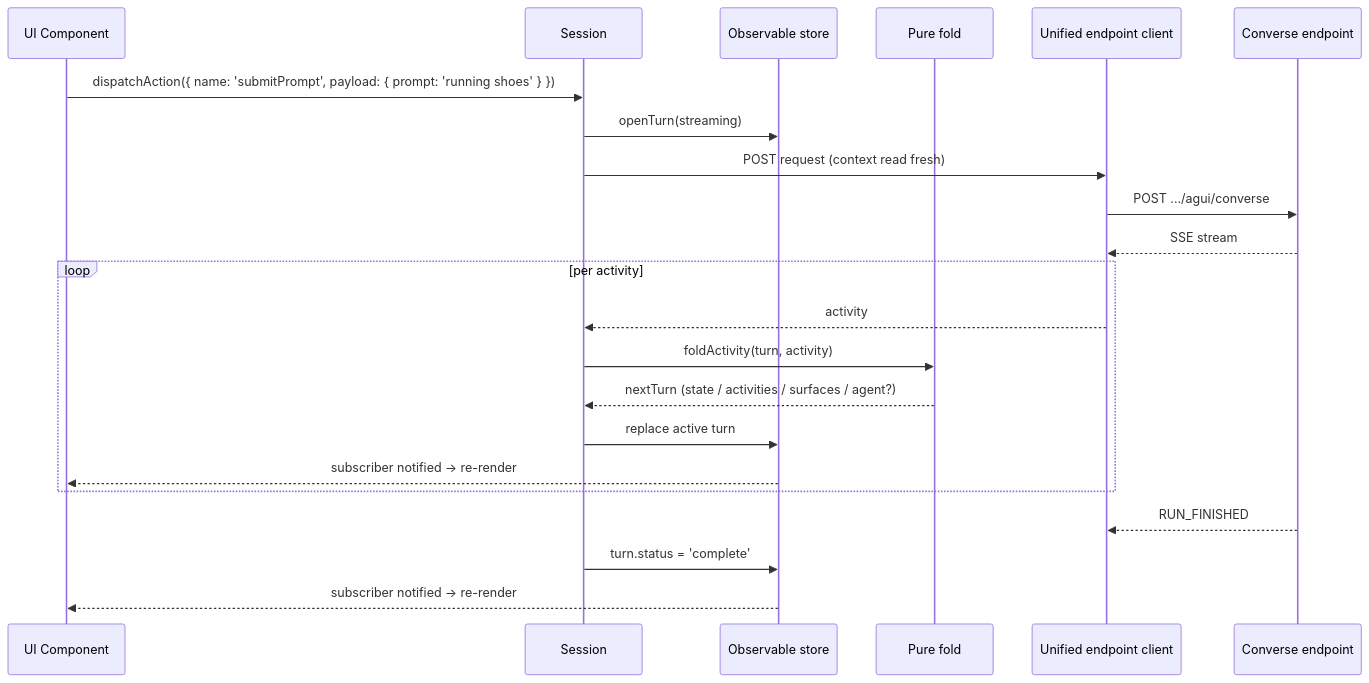
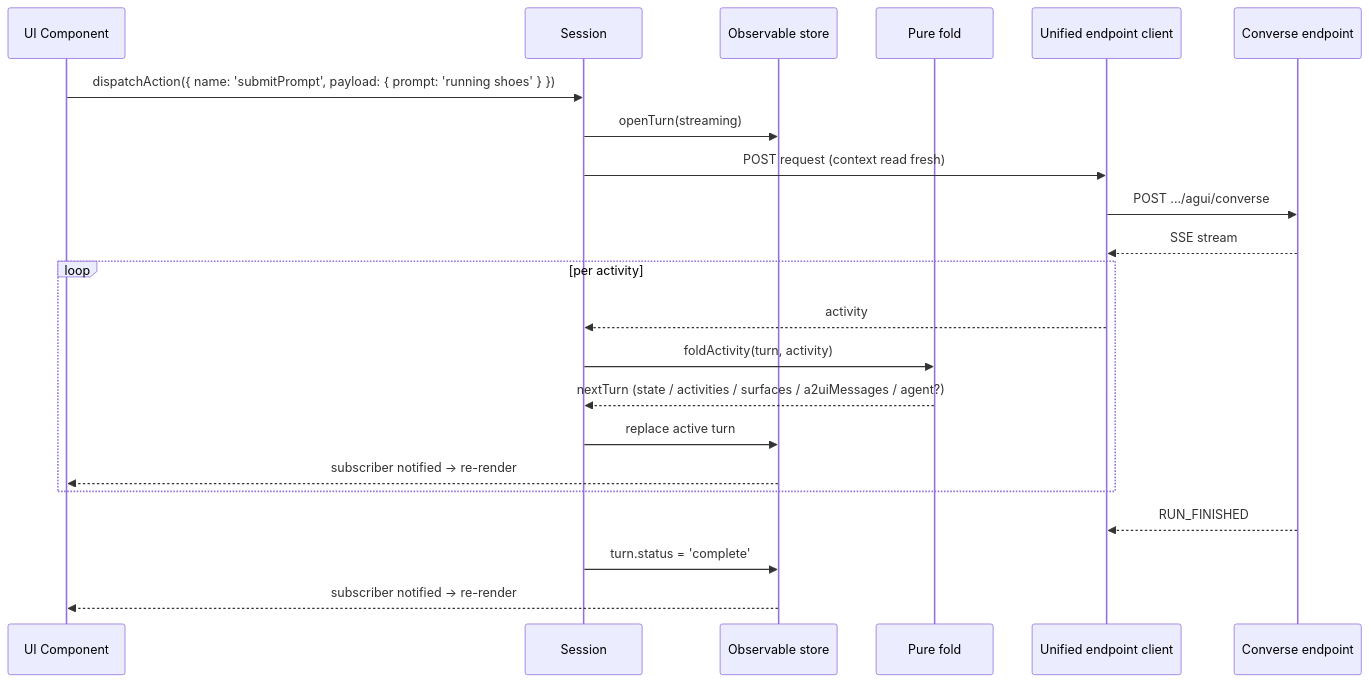
Before and after one commit to coveo/ui-kit: the second of 2 diagrams in packages/thermidor/docs/architecture.md, drawn with Mermaid. The commit also changed other lines of this file and 3 other files, not shown here.

First line of the commit message:
docs(thermidor): refresh the demo sample and package architecture docs j:KIT-6348

````diff
--- a/packages/thermidor/docs/architecture.md
+++ b/packages/thermidor/docs/architecture.md
@@ -182,25 +202,25 @@
 ```mermaid
 sequenceDiagram
     participant UI as UI Component
     participant S as Session
     participant Store as Observable store
     participant Fold as Pure fold
     participant API as Unified endpoint client
     participant Coveo as Converse endpoint
 
     UI->>S: dispatchAction({ name: 'submitPrompt', payload: { prompt: 'running shoes' } })
     S->>Store: openTurn(streaming)
     S->>API: POST request (context read fresh)
     API->>Coveo: POST .../agui/converse
     Coveo-->>API: SSE stream
     loop per activity
         API-->>S: activity
         S->>Fold: foldActivity(turn, activity)
-        Fold-->>S: nextTurn (state / activities / surfaces / agent?)
+        Fold-->>S: nextTurn (state / activities / surfaces / a2uiMessages / agent?)
         S->>Store: replace active turn
         Store-->>UI: subscriber notified → re-render
     end
     Coveo-->>API: RUN_FINISHED
     S->>Store: turn.status = 'complete'
     Store-->>UI: subscriber notified → re-render
 ```
````
